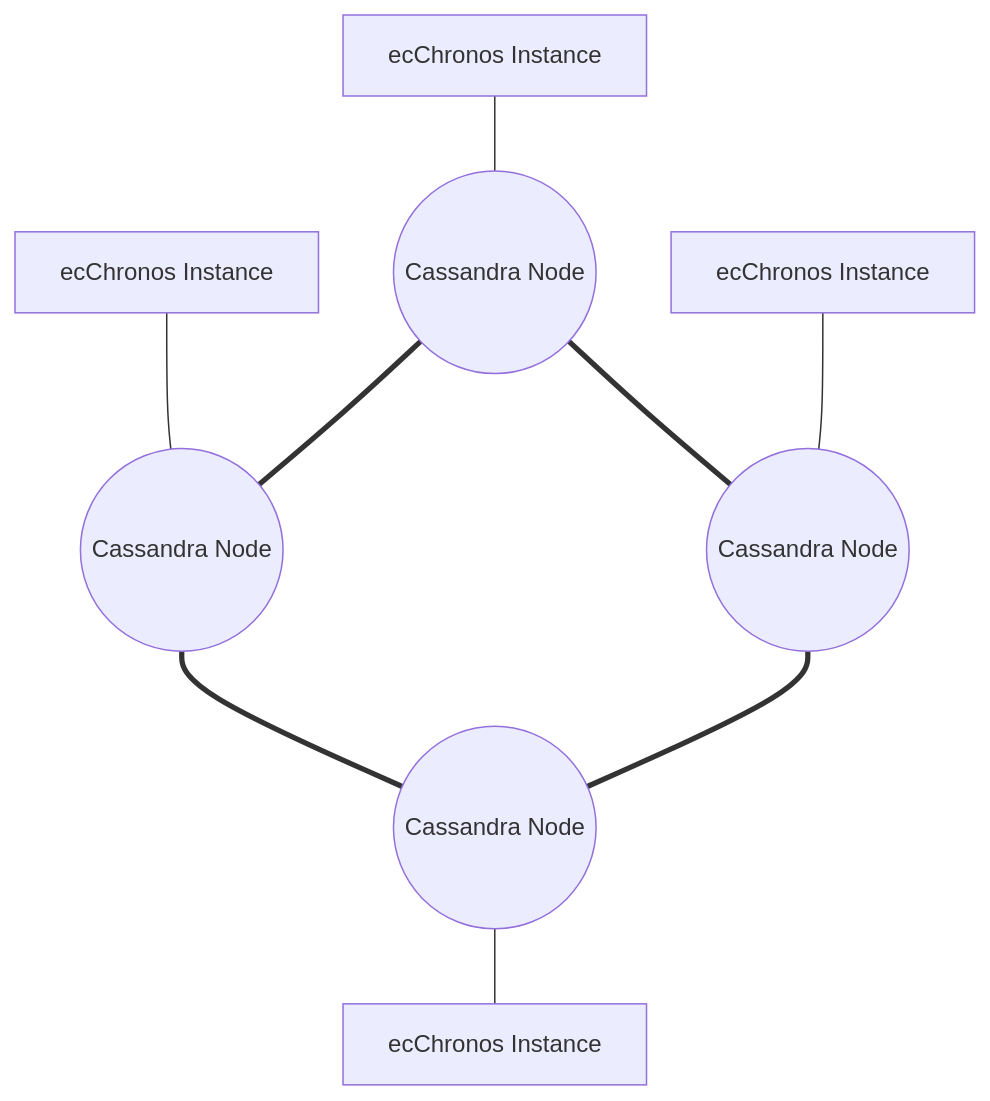
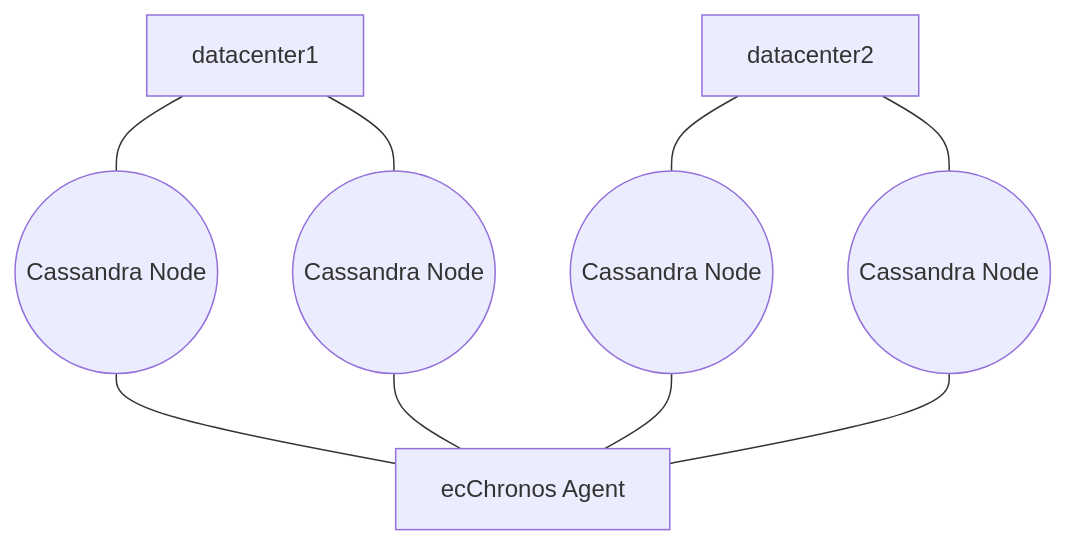
The first of 4 diagrams in docs/ARCHITECTURE.md (Ericsson/ecchronos), drawn with Mermaid before and after one commit. The commit also changed other lines of this file and 15 other files, not shown here.

````diff
--- a/docs/ARCHITECTURE.md
+++ b/docs/ARCHITECTURE.md
@@ -27,18 +25,11 @@
 ```mermaid
   graph TB
-      c[ecChronos Instance]---C((Cassandra Node));
-
-      a[ecChronos Instance]---A((Cassandra Node));
-
-      A((Cassandra Node))===B((Cassandra Node));
-
-      A((Cassandra Node))===C((Cassandra Node));
-
-      C((Cassandra Node))===D((Cassandra Node))
-
-      b[ecChronos Instance]---B((Cassandra Node))
-
-      B((Cassandra Node))===D((Cassandra Node))
-
-      D((Cassandra Node))---d[ecChronos Instance]
+      a[datacenter1]---A((Cassandra Node));
+      a[datacenter1]---B((Cassandra Node));
+      b[datacenter2]---C((Cassandra Node));
+      b[datacenter2]---D((Cassandra Node));
+      A((Cassandra Node))---d[ecChronos Agent];
+      B((Cassandra Node))---d[ecChronos Agent];
+      C((Cassandra Node))---d[ecChronos Agent];
+      D((Cassandra Node))---d[ecChronos Agent];
   ```
````
